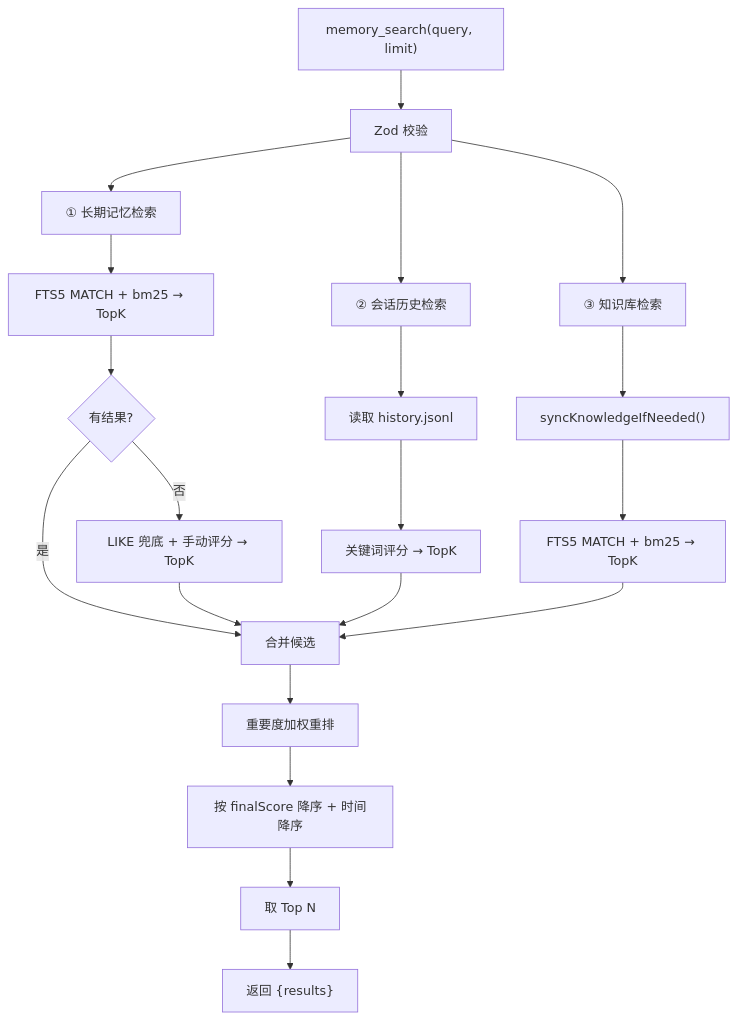
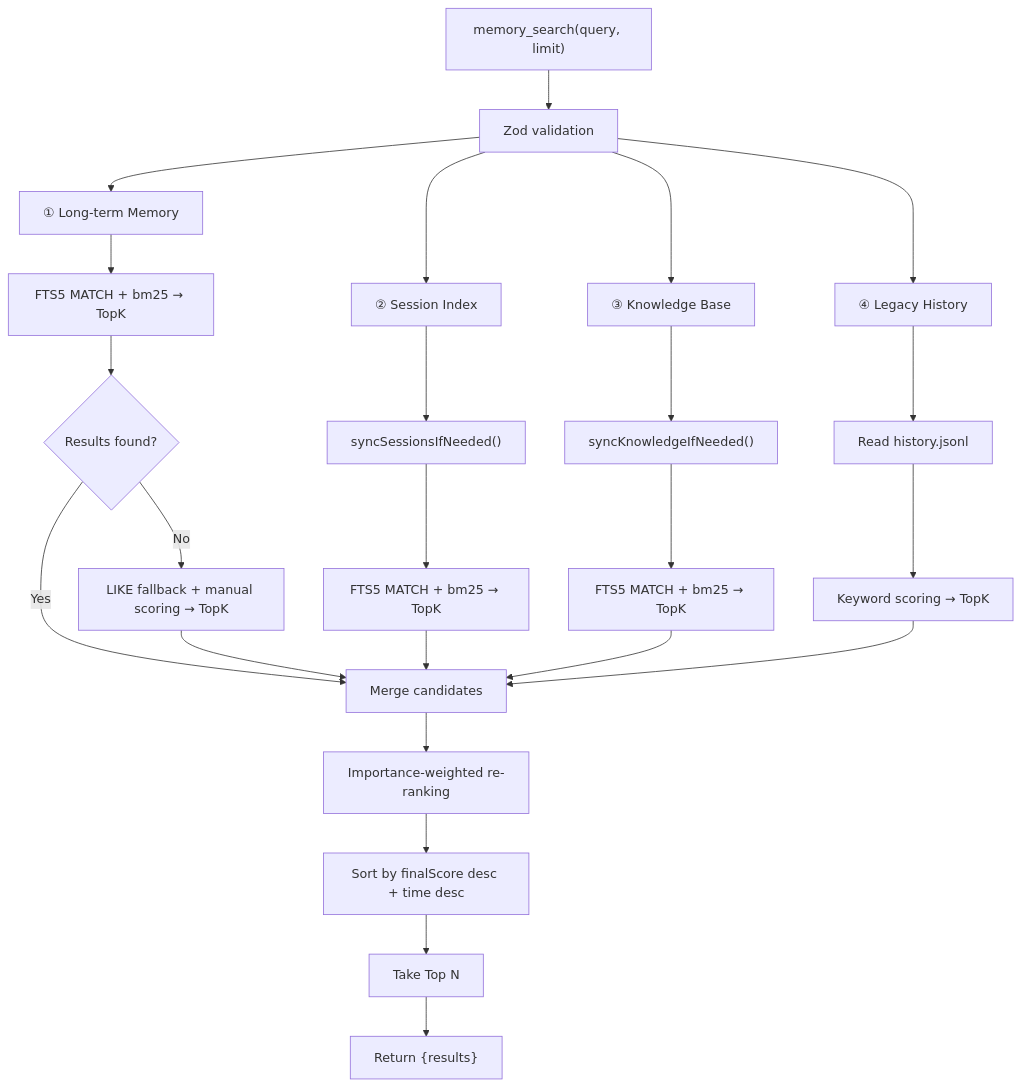
One commit to lchaoer/claudecode-oepnclaw-mem changed the fourth of 11 diagrams in ARCHITECTURE.md. Above: the diagram before and after it, drawn with Mermaid. The commit also changed other lines of this file and 2 other files, not shown here.

````diff
--- a/ARCHITECTURE.md
+++ b/ARCHITECTURE.md
@@ -170,26 +206,31 @@
 ```mermaid
 flowchart TD
-    A["memory_search(query, limit)"] --> B["Zod 校验"]
+    A["memory_search(query, limit)"] --> B["Zod validation"]
 
-    B --> C1["① 长期记忆检索"]
+    B --> C1["① Long-term Memory"]
     C1 --> C1a["FTS5 MATCH + bm25 → TopK"]
-    C1a --> C1b{有结果?}
-    C1b -->|否| C1c["LIKE 兜底 + 手动评分 → TopK"]
-    C1b -->|是| MERGE
+    C1a --> C1b{Results found?}
+    C1b -->|No| C1c["LIKE fallback + manual scoring → TopK"]
+    C1b -->|Yes| MERGE
     C1c --> MERGE
 
-    B --> C2["② 会话历史检索"]
-    C2 --> C2a["读取 history.jsonl"]
-    C2a --> C2b["关键词评分 → TopK"]
+    B --> C2["② Session Index"]
+    C2 --> C2a["syncSessionsIfNeeded()"]
+    C2a --> C2b["FTS5 MATCH + bm25 → TopK"]
     C2b --> MERGE
 
-    B --> C3["③ 知识库检索"]
+    B --> C3["③ Knowledge Base"]
     C3 --> C3a["syncKnowledgeIfNeeded()"]
     C3a --> C3b["FTS5 MATCH + bm25 → TopK"]
     C3b --> MERGE
 
-    MERGE["合并候选"] --> RERANK["重要度加权重排"]
-    RERANK --> SORT["按 finalScore 降序 + 时间降序"]
-    SORT --> TOP["取 Top N"]
-    TOP --> OUT["返回 {results}"]
+    B --> C4["④ Legacy History"]
+    C4 --> C4a["Read history.jsonl"]
+    C4a --> C4b["Keyword scoring → TopK"]
+    C4b --> MERGE
+
+    MERGE["Merge candidates"] --> RERANK["Importance-weighted re-ranking"]
+    RERANK --> SORT["Sort by finalScore desc + time desc"]
+    SORT --> TOP["Take Top N"]
+    TOP --> OUT["Return {results}"]
 ```
````
